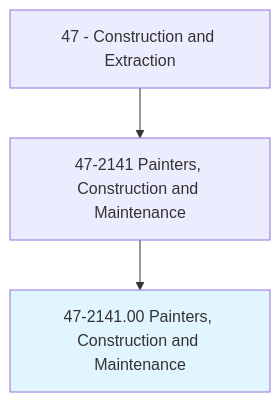
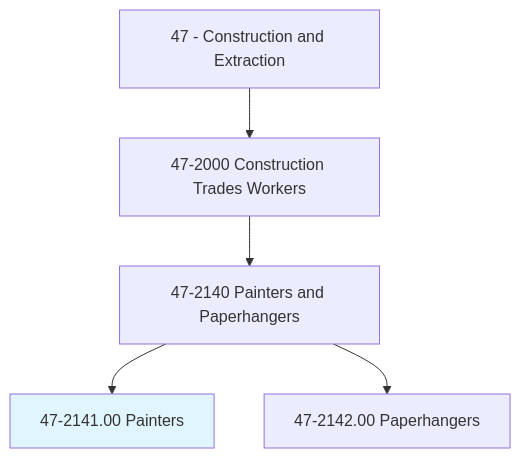
One commit to kziemski/business.org.ai changed the first of 4 diagrams in occupations/Construction/PaintersConstructionAndMaintenance.mdx. Above: the diagram before and after it, drawn with Mermaid. The commit also changed other lines of this file and 938 other files, not shown here.

````diff
--- a/occupations/Construction/PaintersConstructionAndMaintenance.mdx
+++ b/occupations/Construction/PaintersConstructionAndMaintenance.mdx
@@ -19,6 +23,8 @@
 ```mermaid
 graph TD
-    Cat47["47 - Construction and Extraction"] --> Group472141["47-2141 Painters, Construction and Maintenance"]
-    Group472141 --> Current["47-2141.00 Painters, Construction and Maintenance"]
+    Cat47["47 - Construction and Extraction"] --> Group472["47-2000 Construction Trades Workers"]
+    Group472 --> Group4721["47-2140 Painters and Paperhangers"]
+    Group4721 --> Current["47-2141.00 Painters"]
+    Group4721 --> Paper["47-2142.00 Paperhangers"]
     style Current fill:#e1f5fe
 ```
````
